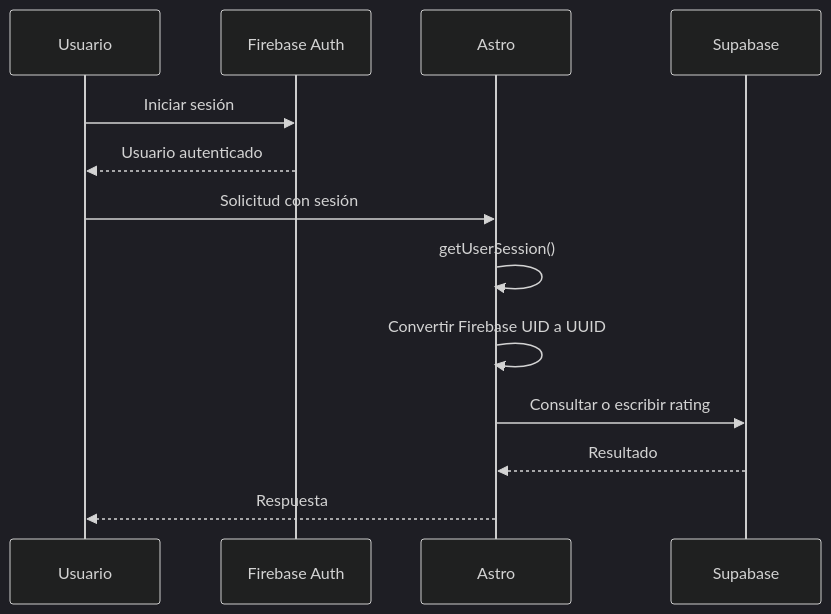
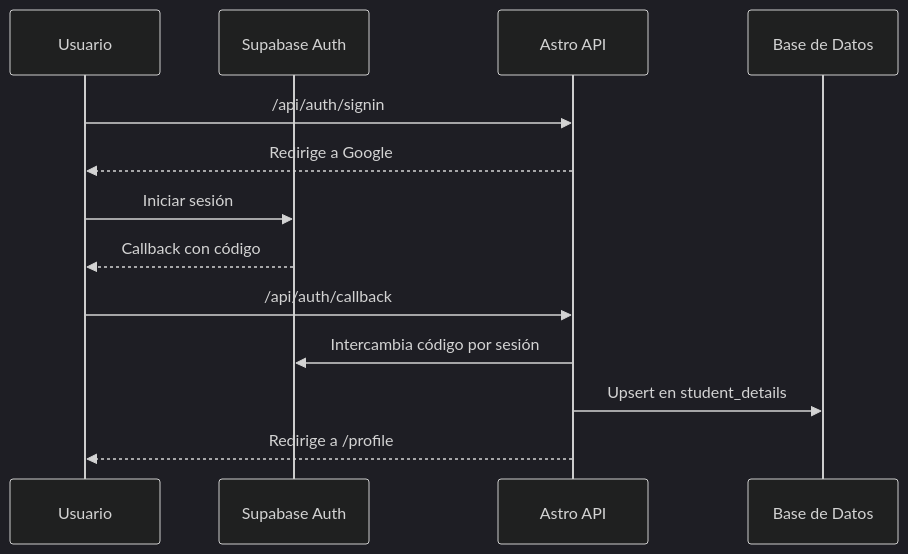
One commit to ccUnicode/TrikaWeb changed the second of 7 diagrams in docs/arquitectura.md. Above: the diagram before and after it, drawn with Mermaid (dark theme). The commit also changed other lines of this file and 7 other files, not shown here.

First line of the commit message:
docs(auth): actualizar la documentación a Supabase Auth

````diff
--- a/docs/arquitectura.md
+++ b/docs/arquitectura.md
@@ -341,16 +339,16 @@
 ```mermaid
 sequenceDiagram
     participant U as Usuario
-    participant F as Firebase Auth
-    participant A as Astro
-    participant S as Supabase
+    participant S as Supabase Auth
+    participant A as Astro API
+    participant DB as Base de Datos
 
-    U->>F: Iniciar sesión
-    F-->>U: Usuario autenticado
-    U->>A: Solicitud con sesión
-    A->>A: getUserSession()
-    A->>A: Convertir Firebase UID a UUID
-    A->>S: Consultar o escribir rating
-    S-->>A: Resultado
-    A-->>U: Respuesta
+    U->>A: /api/auth/signin
+    A-->>U: Redirige a Google
+    U->>S: Iniciar sesión
+    S-->>U: Callback con código
+    U->>A: /api/auth/callback
+    A->>S: Intercambia código por sesión
+    A->>DB: Upsert en student_details
+    A-->>U: Redirige a /profile
 ```
````
